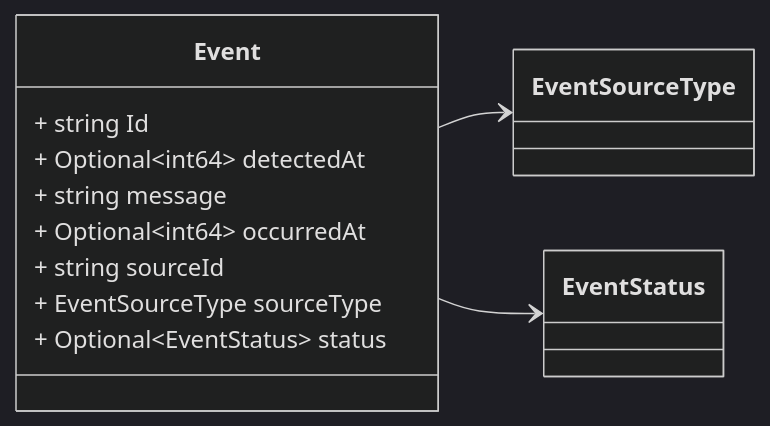
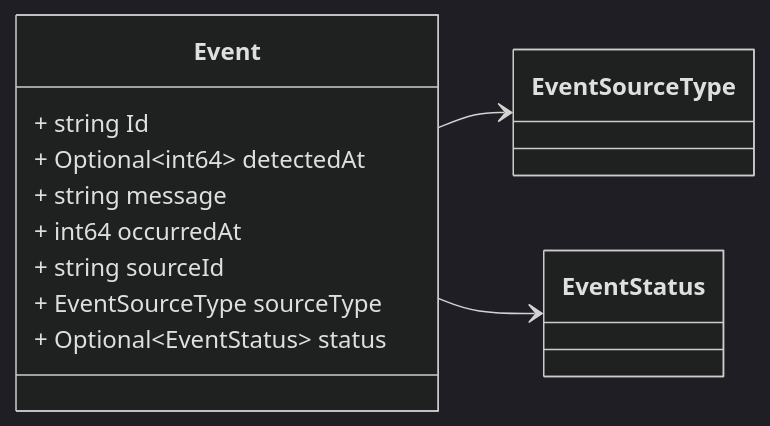
The third of 3 diagrams in docs/event.proto.md (zaphiro-technologies/protobuf), drawn with Mermaid (dark theme) before and after one commit. The commit also changed other lines of this file and 7 other files, not shown here.

First line of the commit message:
Event: set `occurredAt` as required, correct Event Status to `Started`, `Ended`, and add `eventType` in the header (#23)

````diff
--- a/docs/event.proto.md
+++ b/docs/event.proto.md
@@ -89,25 +89,27 @@
 ```mermaid
 classDiagram
 direction LR
 
 %% A generic event.
 %% Headers used in rabbitMQ (only if not sent as part of `DataSet`):
 %% * `id`: id of the `Event`
-%% * `type`: always `Event`
+%% * `type`: always `Event` - used for routing.
+%% * `eventType`: the specific type of `Event`, this is required in addition 
+%%  to `type` for de-serialization of the messages.
 %% * `sourceId`: the id of the source (e.g. a PMU) that generated the event.
 %% * `timestampId`: related measurement Unix msec timestamp (if any)
 %% 
 
 class Event {
   + string Id
   + Optional~int64~ detectedAt
   + string message
-  + Optional~int64~ occurredAt
+  + int64 occurredAt
   + string sourceId
   + EventSourceType sourceType
   + Optional~EventStatus~ status
 }
 Event --> `EventSourceType`
 Event --> `EventStatus`
 
 ```
````
